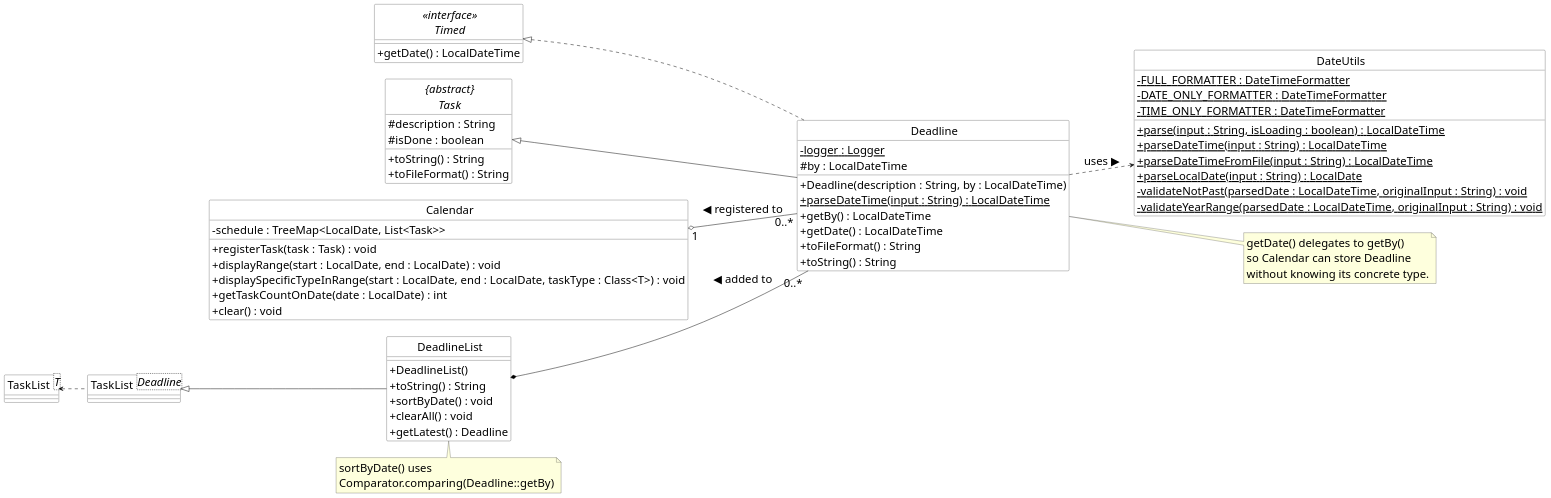
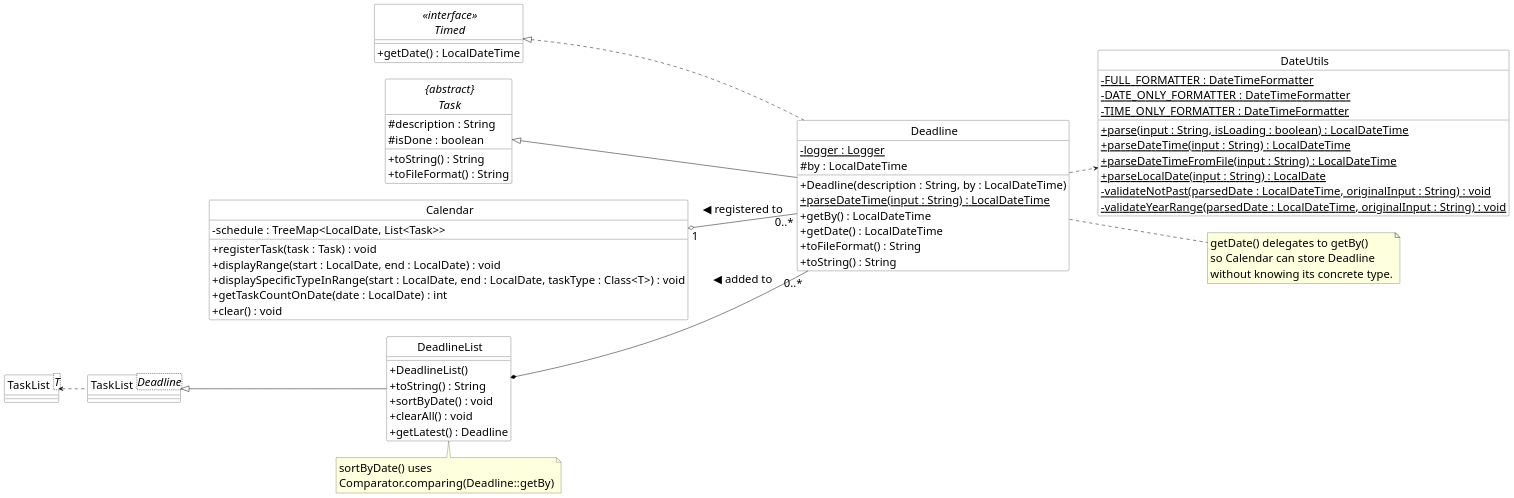
One commit to marken9/tp changed the diagram in docs/puml/DeadlineClassDiagram.puml. Above: the diagram before and after it, drawn with PlantUML. The commit also changed 4 other files, not shown here.

Commit message:
Edits to UML diagrams

```diff
--- a/docs/puml/DeadlineClassDiagram.puml
+++ b/docs/puml/DeadlineClassDiagram.puml
@@ -1,93 +1,93 @@
 @startuml DeadlineClassDiagram
 
 left to right direction
 skinparam classAttributeIconSize 0
 skinparam CircledCharacterFontSize 0
 skinparam CircledCharacterRadius 0
 skinparam DefaultFontSize 24
 skinparam ArrowFontSize 24
 
 skinparam class {
     BackgroundColor White
     BorderColor Black
     ArrowColor Black
 }
 
 interface Timed <<interface>> {
     + getDate() : LocalDateTime
 }
 
 abstract class "{abstract}\nTask" as Task{
     # description : String
     # isDone : boolean
     + toString() : String
     + toFileFormat() : String
 }
 
 class Deadline {
     - logger : Logger {static}
     # by : LocalDateTime
     + Deadline(description : String, by : LocalDateTime)
     + parseDateTime(input : String) : LocalDateTime {static}
     + getBy() : LocalDateTime
     + getDate() : LocalDateTime
     + toFileFormat() : String
     + toString() : String
 }
 
 class DeadlineList {
     + DeadlineList()
     + toString() : String
     + sortByDate() : void
     + clearAll() : void
     + getLatest() : Deadline
 }
 
 class "TaskList<T>" as TaskListT {
 }
 
 class "TaskList<Deadline>" as TaskListDeadline {
 }
 
 
 class DateUtils {
     - FULL_FORMATTER : DateTimeFormatter {static}
     - DATE_ONLY_FORMATTER : DateTimeFormatter {static}
     - TIME_ONLY_FORMATTER : DateTimeFormatter {static}
     + parse(input : String, isLoading : boolean) : LocalDateTime {static}
     + parseDateTime(input : String) : LocalDateTime {static}
     + parseDateTimeFromFile(input : String) : LocalDateTime {static}
     + parseLocalDate(input : String) : LocalDate {static}
     - validateNotPast(parsedDate : LocalDateTime, originalInput : String) : void {static}
     - validateYearRange(parsedDate : LocalDateTime, originalInput : String) : void {static}
 }
 
 class Calendar {
     - schedule : TreeMap<LocalDate, List<Task>>
     + registerTask(task : Task) : void
     + displayRange(start : LocalDate, end : LocalDate) : void
     + displaySpecificTypeInRange(start : LocalDate, end : LocalDate, taskType : Class<T>) : void
     + getTaskCountOnDate(date : LocalDate) : int
     + clear() : void
 }
 
 Task <|-- Deadline
 Timed <|.. Deadline
 TaskListT <.. TaskListDeadline
 TaskListDeadline <|-- DeadlineList
 DeadlineList *-- "0..*" Deadline :  ◀ added to
-Deadline ..> DateUtils : uses ▶
+Deadline ..> DateUtils
 Calendar "1" o-- "0..*" Deadline : ◀ registered to
 
 note right of Deadline
   getDate() delegates to getBy()
   so Calendar can store Deadline
   without knowing its concrete type.
 end note
 
 note bottom of DeadlineList
   sortByDate() uses
   Comparator.comparing(Deadline::getBy)
 end note
 
 @enduml
```
